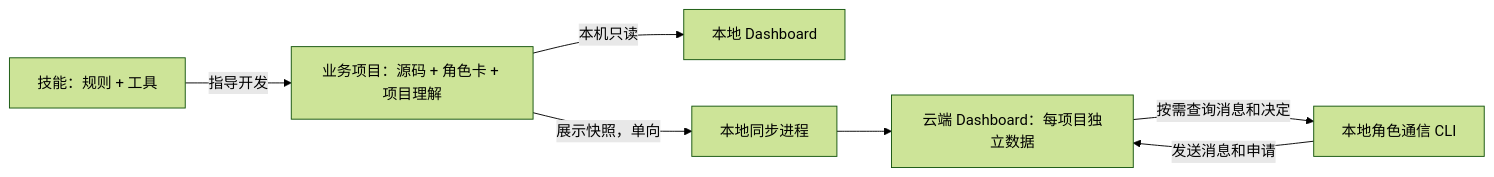
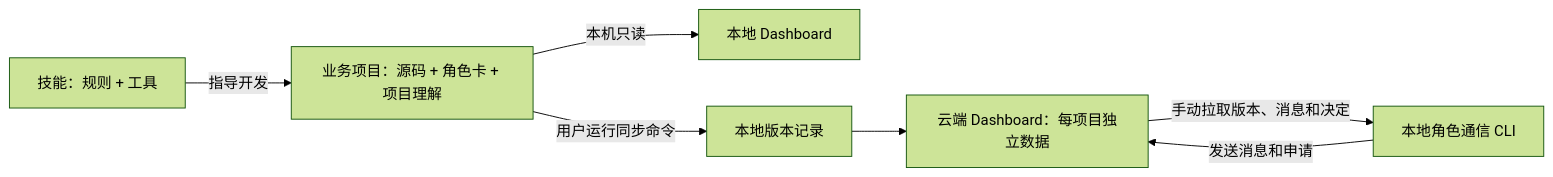
One commit to wangzhongren/ans-skill changed the diagram in doc/guide/2026-09-25_guide_ans-skill-overview.md. Above: the diagram before and after it, drawn with Mermaid (forest theme). The commit also changed other lines of this file and 20 other files, not shown here.

````diff
--- a/doc/guide/2026-09-25_guide_ans-skill-overview.md
+++ b/doc/guide/2026-09-25_guide_ans-skill-overview.md
@@ -19,9 +19,9 @@
 ```mermaid
 flowchart LR
     Skill["技能：规则 + 工具"] -->|指导开发| Project["业务项目：源码 + 角色卡 + 项目理解"]
     Project -->|本机只读| Local["本地 Dashboard"]
-    Project -->|展示快照，单向| Sync["本地同步进程"]
+    Project -->|用户运行同步命令| Sync["本地版本记录"]
     Sync --> Cloud["云端 Dashboard：每项目独立数据"]
     Client["本地角色通信 CLI"] -->|发送消息和申请| Cloud
-    Cloud -->|按需查询消息和决定| Client
+    Cloud -->|手动拉取版本、消息和决定| Client
 ```
````
